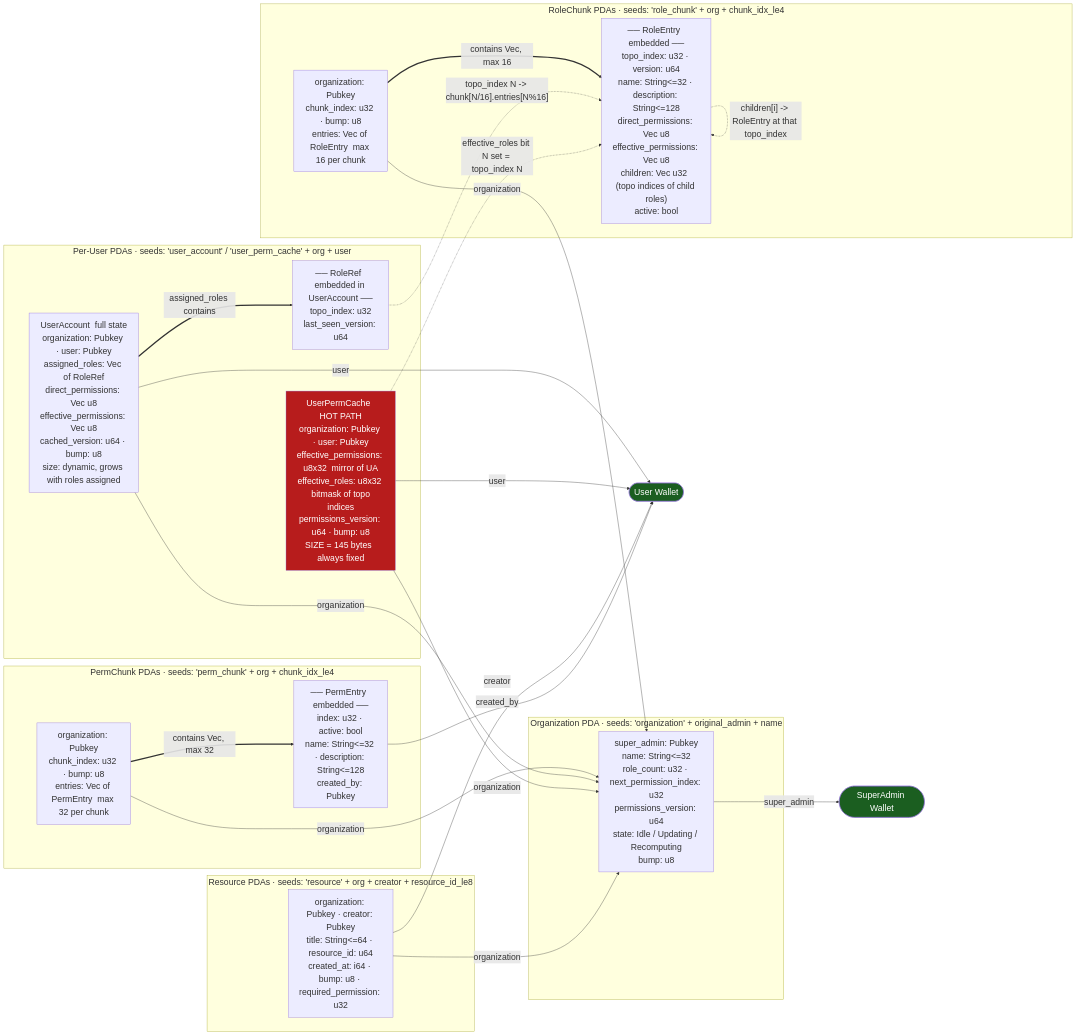
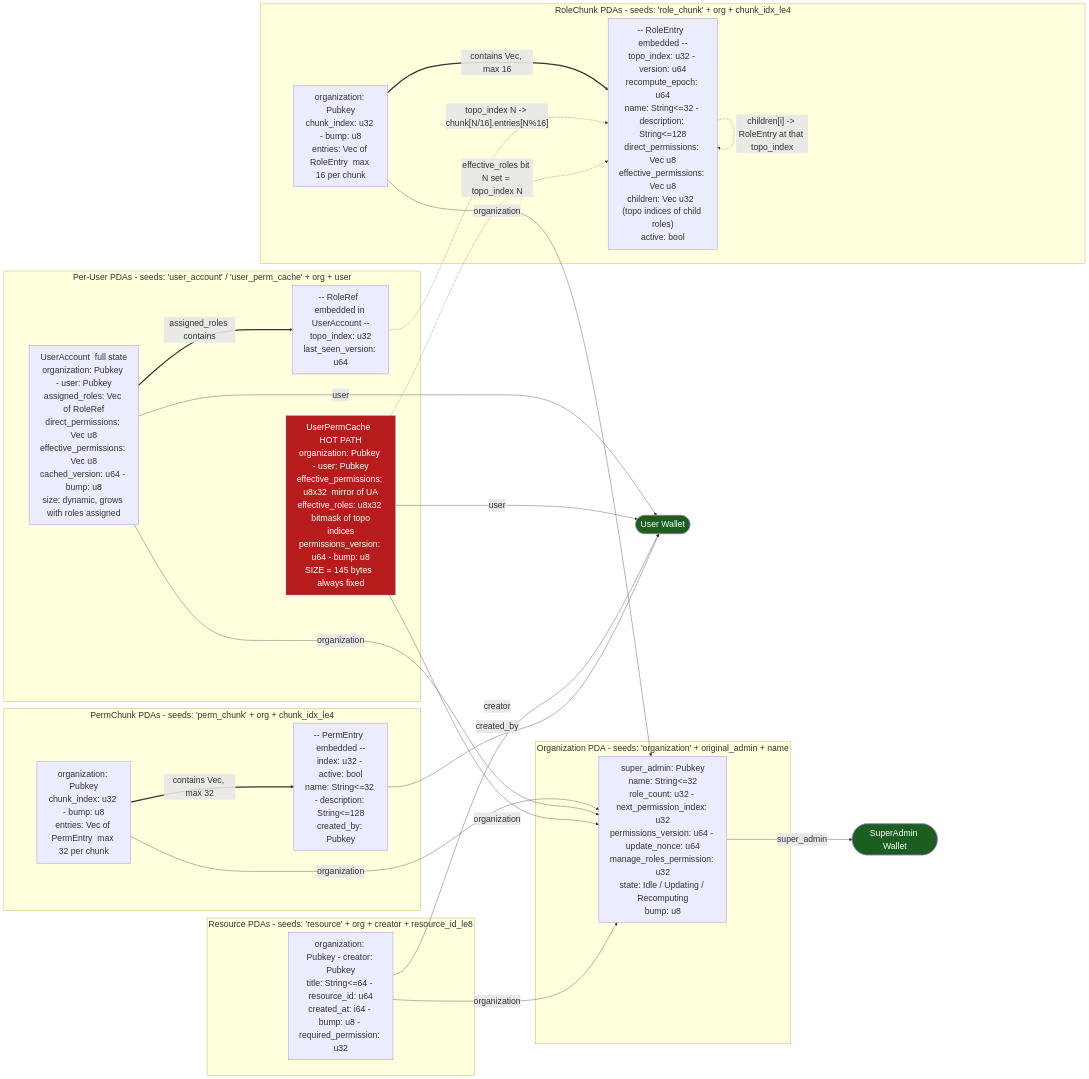
Before and after one commit to Vadimus1983/Solana-rbac: the third of 25 diagrams in docs/architecture.md, drawn with Mermaid. The commit also changed other lines of this file and 1 other file, not shown here.

````diff
--- a/docs/architecture.md
+++ b/docs/architecture.md
@@ -215,56 +221,56 @@
 ```mermaid
 %%{init: {'themeVariables': {'fontSize': '24px'}, 'flowchart': {'nodeSpacing': 60, 'rankSpacing': 140}}}%%
 graph LR
     SA([SuperAdmin Wallet])
     UW([User Wallet])
 
-    subgraph OrgNode["Organization PDA · seeds: 'organization' + original_admin + name"]
-        Org["super_admin: Pubkey<br/>name: String&lt;=32<br/>role_count: u32 · next_permission_index: u32<br/>permissions_version: u64<br/>state: Idle / Updating / Recomputing<br/>bump: u8"]
+    subgraph OrgNode["Organization PDA - seeds: 'organization' + original_admin + name"]
+        Org["super_admin: Pubkey<br/>name: String<=32<br/>role_count: u32 - next_permission_index: u32<br/>permissions_version: u64 - update_nonce: u64<br/>manage_roles_permission: u32<br/>state: Idle / Updating / Recomputing<br/>bump: u8"]
     end
 
-    subgraph RoleChunks["RoleChunk PDAs · seeds: 'role_chunk' + org + chunk_idx_le4"]
-        RC["organization: Pubkey<br/>chunk_index: u32 · bump: u8<br/>entries: Vec of RoleEntry  max 16 per chunk"]
-        RE["── RoleEntry  embedded ──<br/>topo_index: u32 · version: u64<br/>name: String&lt;=32 · description: String&lt;=128<br/>direct_permissions: Vec u8<br/>effective_permissions: Vec u8<br/>children: Vec u32  (topo indices of child roles)<br/>active: bool"]
+    subgraph RoleChunks["RoleChunk PDAs - seeds: 'role_chunk' + org + chunk_idx_le4"]
+        RC["organization: Pubkey<br/>chunk_index: u32 - bump: u8<br/>entries: Vec of RoleEntry  max 16 per chunk"]
+        RE["-- RoleEntry  embedded --<br/>topo_index: u32 - version: u64<br/>recompute_epoch: u64<br/>name: String<=32 - description: String<=128<br/>direct_permissions: Vec u8<br/>effective_permissions: Vec u8<br/>children: Vec u32  (topo indices of child roles)<br/>active: bool"]
     end
 
-    subgraph PermChunks["PermChunk PDAs · seeds: 'perm_chunk' + org + chunk_idx_le4"]
-        PC["organization: Pubkey<br/>chunk_index: u32 · bump: u8<br/>entries: Vec of PermEntry  max 32 per chunk"]
-        PE["── PermEntry  embedded ──<br/>index: u32 · active: bool<br/>name: String&lt;=32 · description: String&lt;=128<br/>created_by: Pubkey"]
+    subgraph PermChunks["PermChunk PDAs - seeds: 'perm_chunk' + org + chunk_idx_le4"]
+        PC["organization: Pubkey<br/>chunk_index: u32 - bump: u8<br/>entries: Vec of PermEntry  max 32 per chunk"]
+        PE["-- PermEntry  embedded --<br/>index: u32 - active: bool<br/>name: String<=32 - description: String<=128<br/>created_by: Pubkey"]
     end
 
-    subgraph UserPair["Per-User PDAs · seeds: 'user_account' / 'user_perm_cache' + org + user"]
-        UA["UserAccount  full state<br/>organization: Pubkey · user: Pubkey<br/>assigned_roles: Vec of RoleRef<br/>direct_permissions: Vec u8<br/>effective_permissions: Vec u8<br/>cached_version: u64 · bump: u8<br/>size: dynamic, grows with roles assigned"]
-        UPC["UserPermCache  HOT PATH<br/>organization: Pubkey · user: Pubkey<br/>effective_permissions: u8x32  mirror of UA<br/>effective_roles: u8x32  bitmask of topo indices<br/>permissions_version: u64 · bump: u8<br/>SIZE = 145 bytes  always fixed"]
-        RR["── RoleRef  embedded in UserAccount ──<br/>topo_index: u32<br/>last_seen_version: u64"]
+    subgraph UserPair["Per-User PDAs - seeds: 'user_account' / 'user_perm_cache' + org + user"]
+        UA["UserAccount  full state<br/>organization: Pubkey - user: Pubkey<br/>assigned_roles: Vec of RoleRef<br/>direct_permissions: Vec u8<br/>effective_permissions: Vec u8<br/>cached_version: u64 - bump: u8<br/>size: dynamic, grows with roles assigned"]
+        UPC["UserPermCache  HOT PATH<br/>organization: Pubkey - user: Pubkey<br/>effective_permissions: u8x32  mirror of UA<br/>effective_roles: u8x32  bitmask of topo indices<br/>permissions_version: u64 - bump: u8<br/>SIZE = 145 bytes  always fixed"]
+        RR["-- RoleRef  embedded in UserAccount --<br/>topo_index: u32<br/>last_seen_version: u64"]
     end
 
-    subgraph Resources["Resource PDAs · seeds: 'resource' + org + creator + resource_id_le8"]
-        Res["organization: Pubkey · creator: Pubkey<br/>title: String&lt;=64 · resource_id: u64<br/>created_at: i64 · bump: u8 · required_permission: u32"]
+    subgraph Resources["Resource PDAs - seeds: 'resource' + org + creator + resource_id_le8"]
+        Res["organization: Pubkey - creator: Pubkey<br/>title: String<=64 - resource_id: u64<br/>created_at: i64 - bump: u8 - required_permission: u32"]
     end
 
     %% Pubkey FK references (stored as Pubkey inside the account data)
     Org -->|"super_admin"| SA
     RC -->|"organization"| Org
     PC -->|"organization"| Org
     UA -->|"organization"| Org
     UA -->|"user"| UW
     UPC -->|"organization"| Org
     UPC -->|"user"| UW
     Res -->|"organization"| Org
     Res -->|"creator"| UW
     PE -->|"created_by"| UW
 
     %% Physical containment (data lives inside the account's data buffer)
     RC ==>|"contains Vec, max 16"| RE
     PC ==>|"contains Vec, max 32"| PE
     UA ==>|"assigned_roles contains"| RR
 
     %% Logical topo_index references (NOT Pubkeys - resolved via arithmetic)
     RR -.->|"topo_index N -> chunk[N/16].entries[N%16]"| RE
     RE -.->|"children[i] -> RoleEntry at that topo_index"| RE
     UPC -.->|"effective_roles bit N set = topo_index N"| RE
 
     style UPC fill:#B71C1C,color:#fff
     style SA fill:#1B5E20,color:#fff
     style UW fill:#1B5E20,color:#fff
 ```
````
